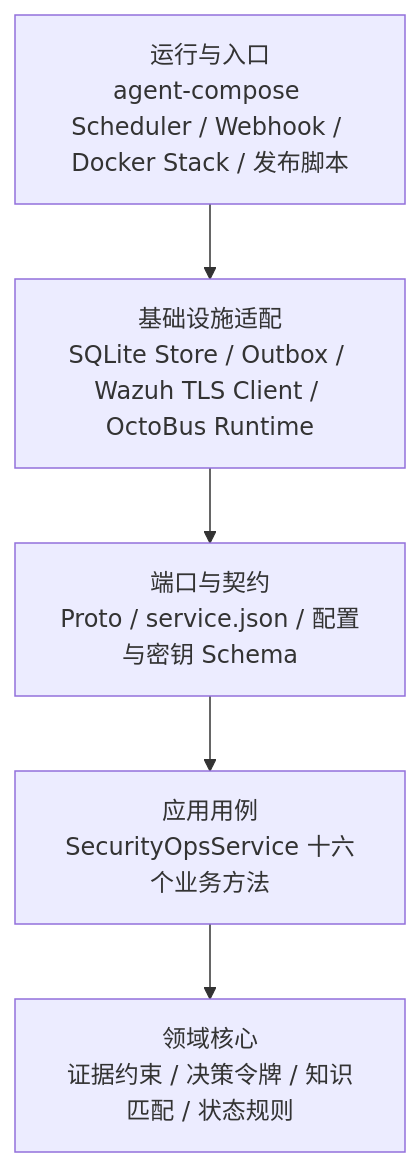
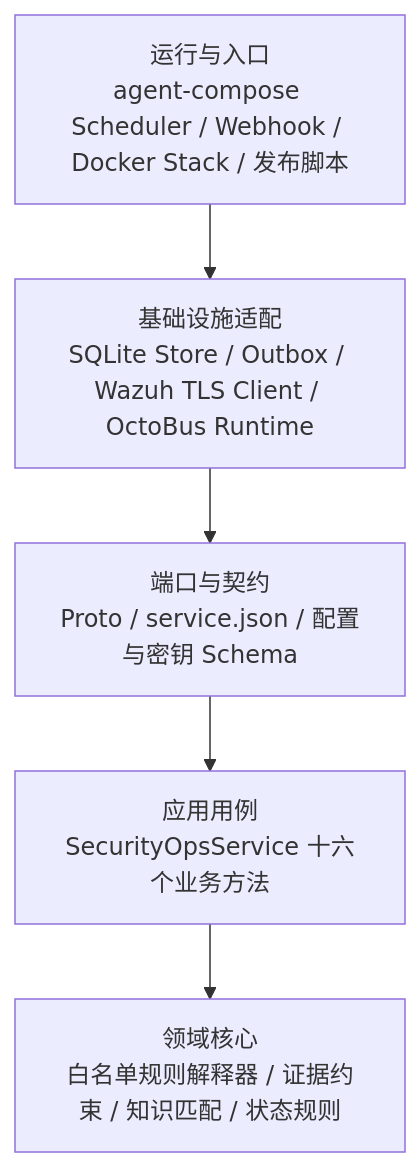
Before and after one commit to ch7pairsq/chaitin-triage-agent: the second of 4 diagrams in README.md, drawn with Mermaid. The commit also changed other lines of this file and 230 other files, not shown here.

````diff
--- a/README.md
+++ b/README.md
@@ -73,13 +73,13 @@
 ```mermaid
 flowchart TB
-  D[领域核心<br/>证据约束 / 决策令牌 / 知识匹配 / 状态规则]
+  D[领域核心<br/>白名单规则解释器 / 证据约束 / 知识匹配 / 状态规则]
   A[应用用例<br/>SecurityOpsService 十六个业务方法]
   C[端口与契约<br/>Proto / service.json / 配置与密钥 Schema]
   I[基础设施适配<br/>SQLite Store / Outbox / Wazuh TLS Client / OctoBus Runtime]
   R[运行与入口<br/>agent-compose Scheduler / Webhook / Docker Stack / 发布脚本]
 
   R --> I
   I --> C
   C --> A
   A --> D
 ```
````
